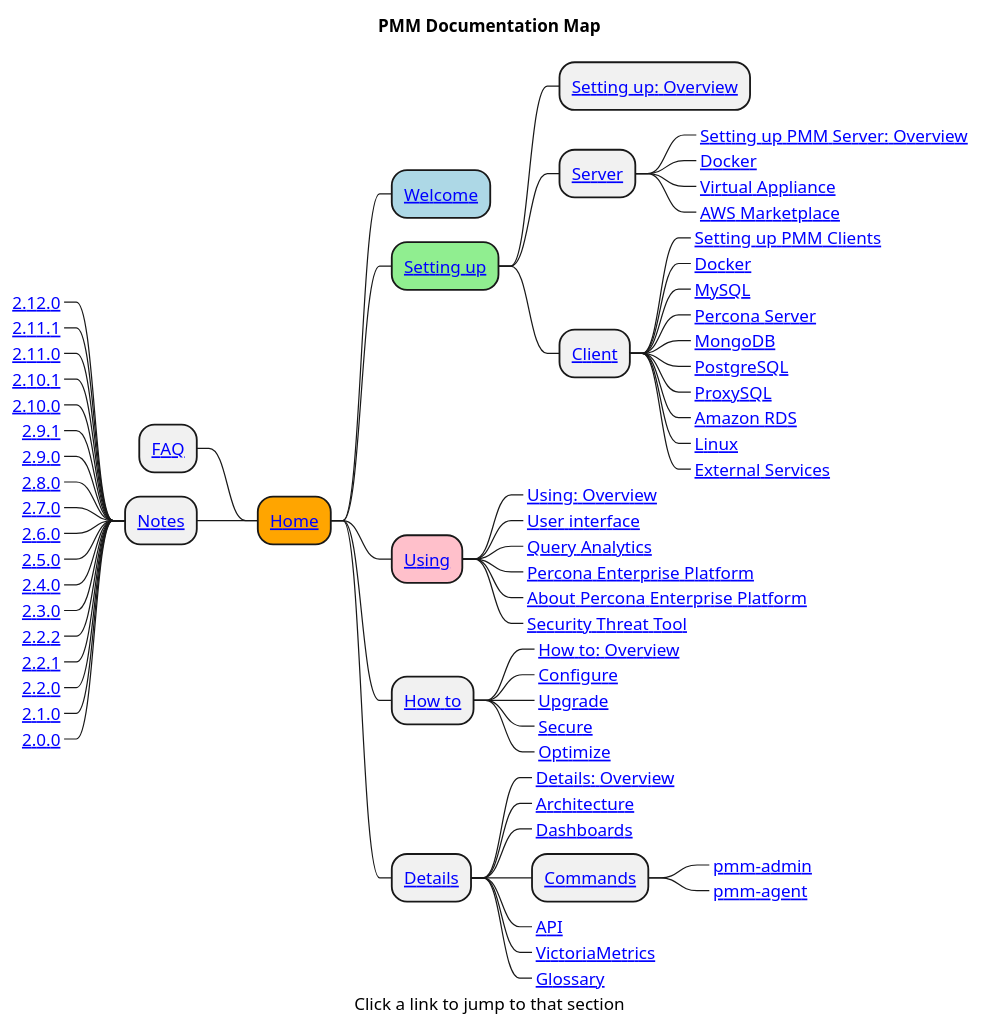
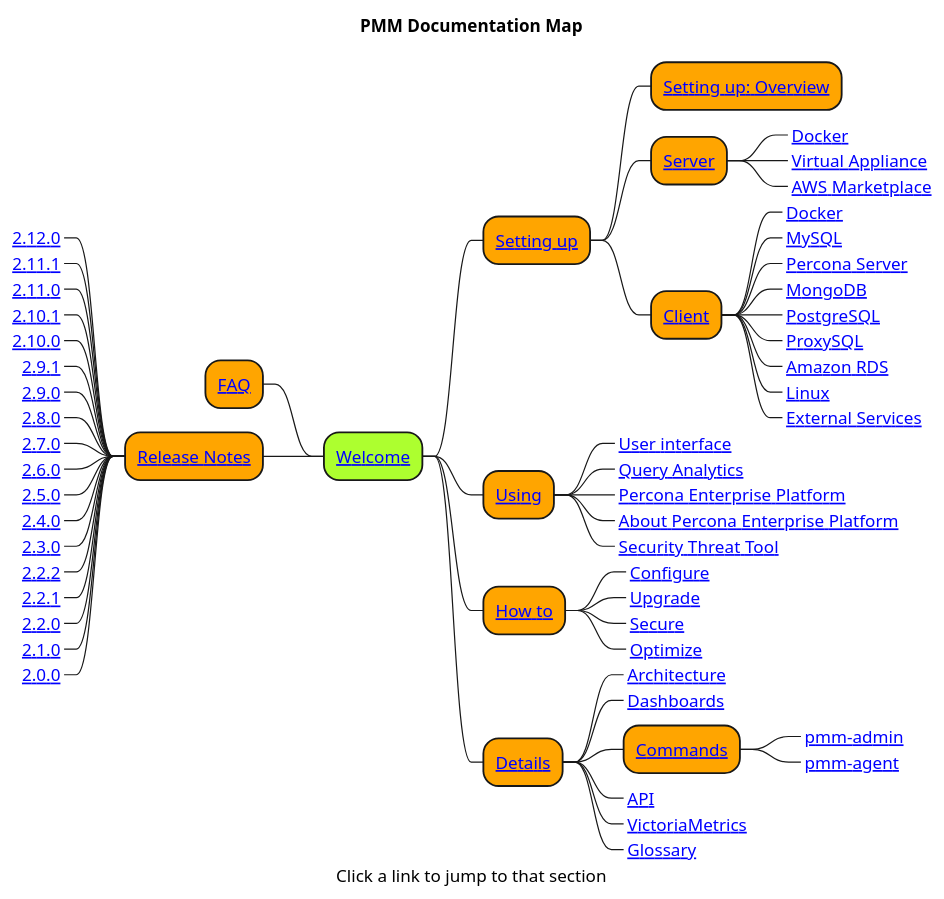
The diagram in resources/Map.puml (percona/pmm-doc), drawn with PlantUML before and after one commit. The commit also changed 1 other file, not shown here.

```diff
--- a/resources/Map.puml
+++ b/resources/Map.puml
@@ -1,71 +1,79 @@
-@startmindmap
+@startmindmap "PMM_Documentation_Map"
 title PMM Documentation Map
 caption Click a link to jump to that section
 
-*[#Orange] [[https://www.percona.com/doc/percona-monitoring-and-management/2.x/index.html Home]]
-**[#LightBlue] [[https://www.percona.com/doc/percona-monitoring-and-management/2.x/index.html Welcome]]
-**[#LightGreen] [[https://www.percona.com/doc/percona-monitoring-and-management/2.x/setting-up/ Setting up]]
+
+<style>
+mindmapDiagram {
+  node {
+    BackgroundColor Orange
+  }
+}
+</style>
+
+*[#GreenYellow] [[https://www.percona.com/doc/percona-monitoring-and-management/2.x/index.html Welcome]]
+** [[https://www.percona.com/doc/percona-monitoring-and-management/2.x/setting-up/ Setting up]]
 *** [[https://www.percona.com/doc/percona-monitoring-and-management/2.x/setting-up/index.html Setting up: Overview]]
 *** [[https://www.percona.com/doc/percona-monitoring-and-management/2.x/setting-up/server/ Server]]
-****_ [[https://www.percona.com/doc/percona-monitoring-and-management/2.x/setting-up/server/ Setting up PMM Server: Overview]]
+'****_ [[https://www.percona.com/doc/percona-monitoring-and-management/2.x/setting-up/server/ Setting up PMM Server: Overview]]
 ****_ [[https://www.percona.com/doc/percona-monitoring-and-management/2.x/setting-up/server/docker.html Docker]]
 ****_ [[https://www.percona.com/doc/percona-monitoring-and-management/2.x/setting-up/server/virtual-appliance.html Virtual Appliance]]
 ****_ [[https://www.percona.com/doc/percona-monitoring-and-management/2.x/setting-up/server/aws.html AWS Marketplace]]
 *** [[https://www.percona.com/doc/percona-monitoring-and-management/2.x/setting-up/client/ Client]]
-****_ [[https://www.percona.com/doc/percona-monitoring-and-management/2.x/setting-up/client/ Setting up PMM Clients]]
+'****_ [[https://www.percona.com/doc/percona-monitoring-and-management/2.x/setting-up/client/ Setting up PMM Clients]]
 ****_ [[https://www.percona.com/doc/percona-monitoring-and-management/2.x/setting-up/client/docker.html Docker]]
 ****_ [[https://www.percona.com/doc/percona-monitoring-and-management/2.x/setting-up/client/mysql.html MySQL]]
 ****_ [[https://www.percona.com/doc/percona-monitoring-and-management/2.x/setting-up/client/percona-server.html Percona Server]]
 ****_ [[https://www.percona.com/doc/percona-monitoring-and-management/2.x/setting-up/client/mongodb.html MongoDB]]
 ****_ [[https://www.percona.com/doc/percona-monitoring-and-management/2.x/setting-up/client/postgresql.html PostgreSQL]]
 ****_ [[https://www.percona.com/doc/percona-monitoring-and-management/2.x/setting-up/client/proxysql.html ProxySQL]]
 ****_ [[https://www.percona.com/doc/percona-monitoring-and-management/2.x/setting-up/client/aws.html Amazon RDS]]
 ****_ [[https://www.percona.com/doc/percona-monitoring-and-management/2.x/setting-up/client/linux.html Linux]]
 ****_ [[https://www.percona.com/doc/percona-monitoring-and-management/2.x/setting-up/client/external.html External Services]]
-**[#Pink] [[https://www.percona.com/doc/percona-monitoring-and-management/2.x/using/ Using]]
-***_ [[https://www.percona.com/doc/percona-monitoring-and-management/2.x/using/ Using: Overview]]
+** [[https://www.percona.com/doc/percona-monitoring-and-management/2.x/using/ Using]]
+'***_ [[https://www.percona.com/doc/percona-monitoring-and-management/2.x/using/ Using: Overview]]
 ***_ [[https://www.percona.com/doc/percona-monitoring-and-management/2.x/using/interface.html User interface]]
 ***_ [[https://www.percona.com/doc/percona-monitoring-and-management/2.x/using/query-analytics.html Query Analytics]]
 ***_ [[https://www.percona.com/doc/percona-monitoring-and-management/2.x/using/platform/ Percona Enterprise Platform]]
 ***_ [[https://www.percona.com/doc/percona-monitoring-and-management/2.x/using/platform/ About Percona Enterprise Platform]]
 ***_ [[https://www.percona.com/doc/percona-monitoring-and-management/2.x/using/platform/security-threat-tool.html Security Threat Tool]]
 ** [[https://www.percona.com/doc/percona-monitoring-and-management/2.x/how-to/ How to]]
-***_ [[https://www.percona.com/doc/percona-monitoring-and-management/2.x/how-to/ How to: Overview]]
+'***_ [[https://www.percona.com/doc/percona-monitoring-and-management/2.x/how-to/ How to: Overview]]
 ***_ [[https://www.percona.com/doc/percona-monitoring-and-management/2.x/how-to/configure.html Configure]]
 ***_ [[https://www.percona.com/doc/percona-monitoring-and-management/2.x/how-to/upgrade.html Upgrade]]
 ***_ [[https://www.percona.com/doc/percona-monitoring-and-management/2.x/how-to/secure.html Secure]]
 ***_ [[https://www.percona.com/doc/percona-monitoring-and-management/2.x/how-to/optimize.html Optimize]]
 ** [[https://www.percona.com/doc/percona-monitoring-and-management/2.x/details/ Details]]
-***_ [[https://www.percona.com/doc/percona-monitoring-and-management/2.x/details/ Details: Overview]]
+'***_ [[https://www.percona.com/doc/percona-monitoring-and-management/2.x/details/ Details: Overview]]
 ***_ [[https://www.percona.com/doc/percona-monitoring-and-management/2.x/details/architecture.html Architecture]]
 ***_ [[https://www.percona.com/doc/percona-monitoring-and-management/2.x/details/dashboards/ Dashboards]]
 *** [[https://www.percona.com/doc/percona-monitoring-and-management/2.x/details/commands/ Commands]]
 ****_ [[https://www.percona.com/doc/percona-monitoring-and-management/2.x/details/commands/pmm-admin.html pmm-admin]]
 ****_ [[https://www.percona.com/doc/percona-monitoring-and-management/2.x/details/commands/pmm-agent.html pmm-agent]]
 ***_ [[https://www.percona.com/doc/percona-monitoring-and-management/2.x/details/api.html API]]
 ***_ [[https://www.percona.com/doc/percona-monitoring-and-management/2.x/details/victoria-metrics.html VictoriaMetrics]]
 ***_ [[https://www.percona.com/doc/percona-monitoring-and-management/2.x/details/glossary.html Glossary]]
 
 left side
 
 ** [[https://www.percona.com/doc/percona-monitoring-and-management/2.x/faq.html FAQ]]
-** [[https://www.percona.com/doc/percona-monitoring-and-management/2.x/release-notes/Release Notes]]
+** [[https://www.percona.com/doc/percona-monitoring-and-management/2.x/release-notes/ Release Notes]]
 ***_ [[https://www.percona.com/doc/percona-monitoring-and-management/2.x/release-notes/2.12.0.html 2.12.0]]
 ***_ [[https://www.percona.com/doc/percona-monitoring-and-management/2.x/release-notes/2.11.1.html 2.11.1]]
 ***_ [[https://www.percona.com/doc/percona-monitoring-and-management/2.x/release-notes/2.11.0.html 2.11.0]]
 ***_ [[https://www.percona.com/doc/percona-monitoring-and-management/2.x/release-notes/2.10.1.html 2.10.1]]
 ***_ [[https://www.percona.com/doc/percona-monitoring-and-management/2.x/release-notes/2.10.0.html 2.10.0]]
 ***_ [[https://www.percona.com/doc/percona-monitoring-and-management/2.x/release-notes/2.9.1.html 2.9.1]]
 ***_ [[https://www.percona.com/doc/percona-monitoring-and-management/2.x/release-notes/2.9.0.html 2.9.0]]
 ***_ [[https://www.percona.com/doc/percona-monitoring-and-management/2.x/release-notes/2.8.0.html 2.8.0]]
 ***_ [[https://www.percona.com/doc/percona-monitoring-and-management/2.x/release-notes/2.7.0.html 2.7.0]]
 ***_ [[https://www.percona.com/doc/percona-monitoring-and-management/2.x/release-notes/2.6.0.html 2.6.0]]
 ***_ [[https://www.percona.com/doc/percona-monitoring-and-management/2.x/release-notes/2.5.0.html 2.5.0]]
 ***_ [[https://www.percona.com/doc/percona-monitoring-and-management/2.x/release-notes/2.4.0.html 2.4.0]]
 ***_ [[https://www.percona.com/doc/percona-monitoring-and-management/2.x/release-notes/2.3.0.html 2.3.0]]
 ***_ [[https://www.percona.com/doc/percona-monitoring-and-management/2.x/release-notes/2.2.2.html 2.2.2]]
 ***_ [[https://www.percona.com/doc/percona-monitoring-and-management/2.x/release-notes/2.2.1.html 2.2.1]]
 ***_ [[https://www.percona.com/doc/percona-monitoring-and-management/2.x/release-notes/2.2.0.html 2.2.0]]
 ***_ [[https://www.percona.com/doc/percona-monitoring-and-management/2.x/release-notes/2.1.0.html 2.1.0]]
 ***_ [[https://www.percona.com/doc/percona-monitoring-and-management/2.x/release-notes/2.0.0.html 2.0.0]]
 @endmindmap
```
